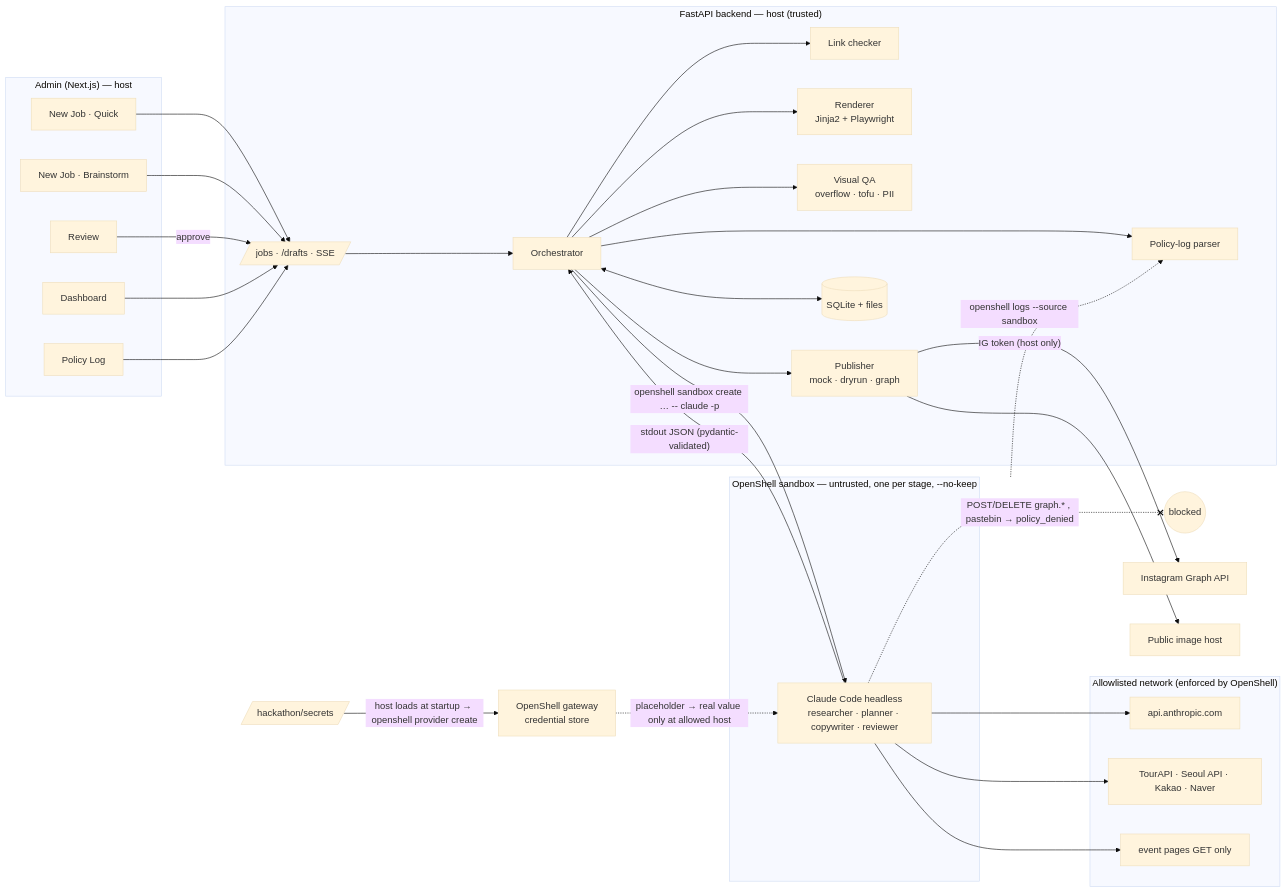
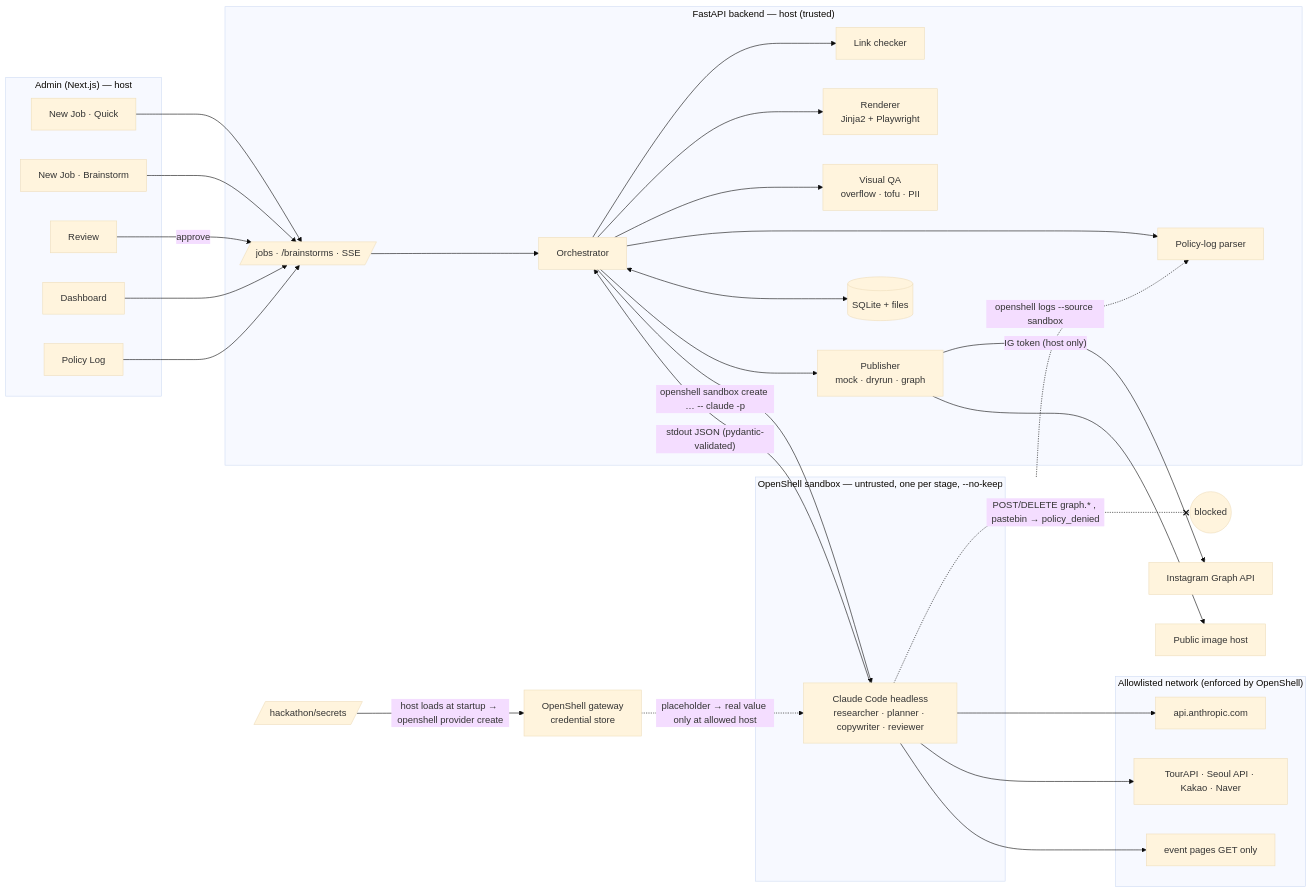
One commit to juyoungml/nemo-k-cards changed the diagram in docs/BACKEND.md. Above: the diagram before and after it, drawn with Mermaid (base theme). The commit also changed other lines of this file and 39 other files, not shown here.

````diff
--- a/docs/BACKEND.md
+++ b/docs/BACKEND.md
@@ -20,40 +20,40 @@
 ```mermaid
 flowchart LR
   subgraph UI["Admin (Next.js) — host"]
     D[Dashboard] ; Q[New Job · Quick] ; B[New Job · Brainstorm] ; R[Review] ; P[Policy Log]
   end
 
   subgraph API["FastAPI backend — host (trusted)"]
-    J[/jobs · /drafts · SSE/] --> O[Orchestrator]
+    J[/jobs · /brainstorms · SSE/] --> O[Orchestrator]
     O --> LC[Link checker]
     O --> RN[Renderer<br/>Jinja2 + Playwright]
     O --> QA[Visual QA<br/>overflow · tofu · PII]
     O --> PUB[Publisher<br/>mock · dryrun · graph]
     O --> PL[Policy-log parser]
     DB[(SQLite + files)]
     O <--> DB
   end
 
   subgraph SB["OpenShell sandbox — untrusted, one per stage, --no-keep"]
     CC[Claude Code headless<br/>researcher · planner · copywriter · reviewer]
   end
 
   subgraph EXT["Allowlisted network (enforced by OpenShell)"]
     ANT[api.anthropic.com]
     DATA[TourAPI · Seoul API · Kakao · Naver]
     WEB[event pages GET only]
   end
 
   Q & B --> J
   R -- approve --> J
   D & P --> J
   O -- "openshell sandbox create … -- claude -p" --> CC
   CC -- "stdout JSON (pydantic-validated)" --> O
   CC --> ANT & DATA & WEB
   CC -. "POST/DELETE graph.* , pastebin → policy_denied" .-x X((blocked))
   SEC[/hackathon/secrets/] -- "host loads at startup → openshell provider create" --> GW[OpenShell gateway<br/>credential store]
   GW -. "placeholder → real value only at allowed host" .-> CC
   PUB -- "IG token (host only)" --> IG[Instagram Graph API]
   PUB --> HOST[Public image host]
   SB -. "openshell logs --source sandbox" .-> PL
 ```
````
